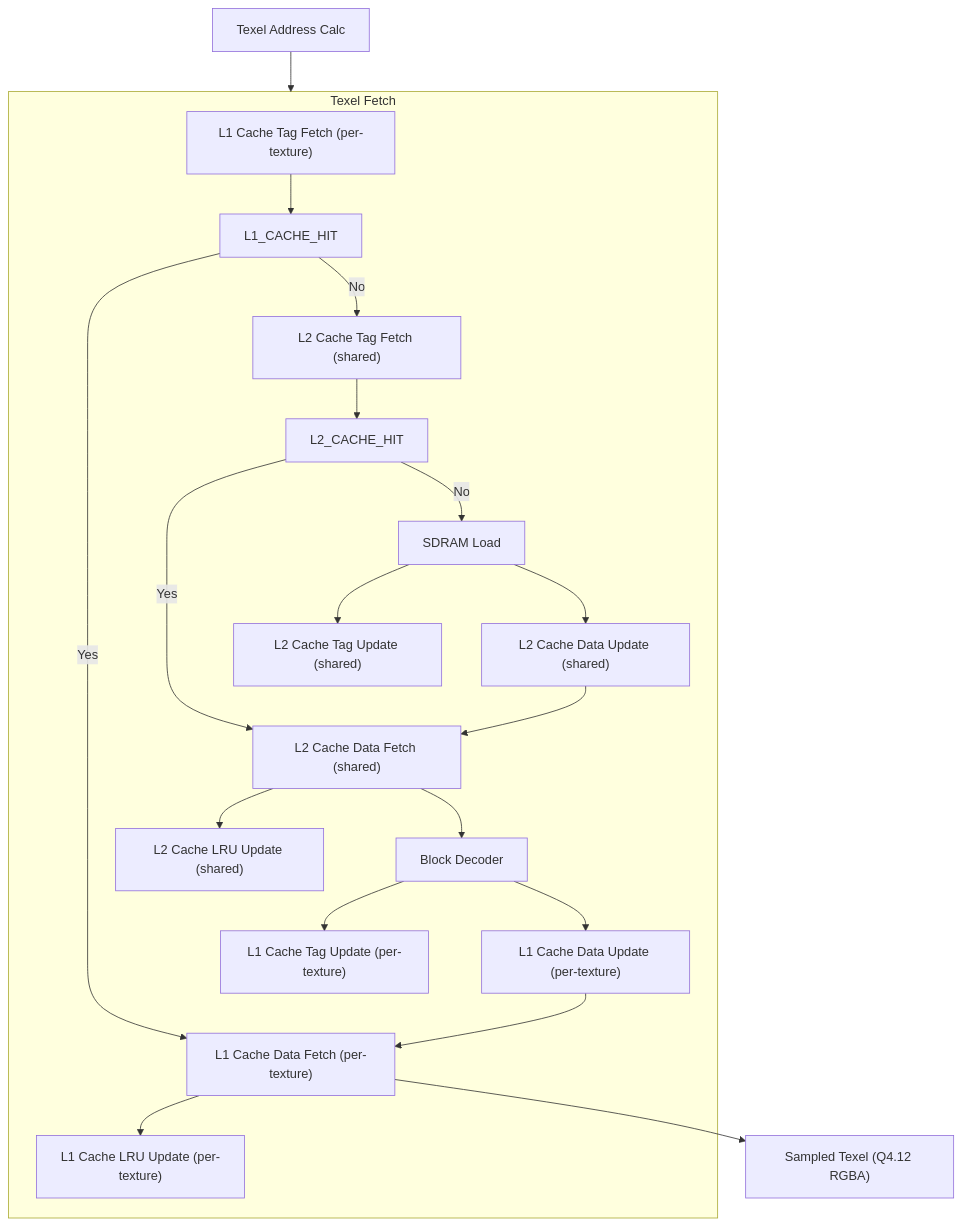
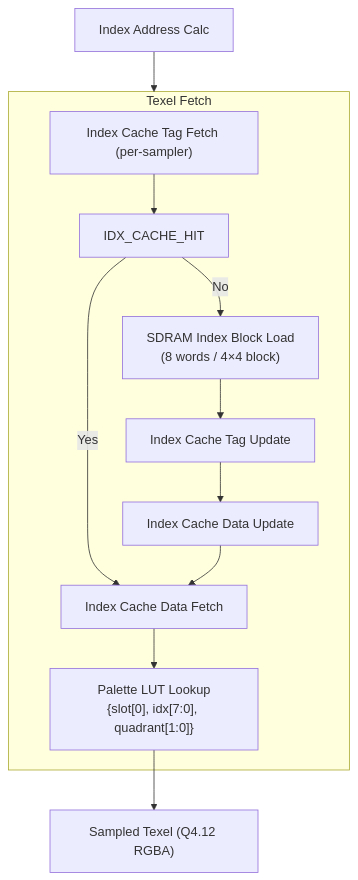
The seventh of 10 diagrams in ARCHITECTURE.md (londey/pico-gs), drawn with Mermaid before and after one commit. The commit also changed other lines of this file and 43 other files, not shown here.

First line of the commit message:
Enhance verification documentation for perspective road rendering and introduce palette slot verification

````diff
--- a/ARCHITECTURE.md
+++ b/ARCHITECTURE.md
@@ -240,47 +240,26 @@
 ```mermaid
 flowchart TB
-    TEX_ADDR["Texel Address Calc"]
+    IDX_ADDR["Index Address Calc"]
 
     subgraph TEX_FETCH["Texel Fetch"]
-        L1_TAG_FETCH["L1 Cache Tag Fetch (per-texture)"]
-        L2_TAG_FETCH["L2 Cache Tag Fetch (shared)"]
+        IDX_TAG_FETCH["Index Cache Tag Fetch (per-sampler)"]
+        IDX_CACHE_HIT@{shape=diamond, label="Index Cache Hit?"}
+        IDX_DATA_FETCH["Index Cache Data Fetch"]
+        IDX_TAG_UPDATE["Index Cache Tag Update"]
+        IDX_DATA_UPDATE["Index Cache Data Update"]
+        SDRAM_IDX["SDRAM Index Block Load\n(8 words / 4×4 block)"]
 
-        L1_CACHE_HIT@{shape=diamond, label="L1 Cache Hit?"}
-        L2_CACHE_HIT@{shape=diamond, label="L2 Cache Hit?"}
+        PAL_LUT["Palette LUT Lookup\n{slot[0], idx[7:0], quadrant[1:0]}"]
 
-        L1_DATA_FETCH["L1 Cache Data Fetch (per-texture)"]
-        L2_DATA_FETCH["L2 Cache Data Fetch (shared)"]
-
-        L1_TAG_UPDATE["L1 Cache Tag Update (per-texture)"]
-        L1_LRU_UPDATE["L1 Cache LRU Update (per-texture)"]
-        L1_DATA_UPDATE["L1 Cache Data Update (per-texture)"]
-
-        L2_TAG_UPDATE["L2 Cache Tag Update (shared)"]
-        L2_LRU_UPDATE["L2 Cache LRU Update (shared)"]
-        L2_DATA_UPDATE["L2 Cache Data Update (shared)"]
-
-        TEX_BLOCK_DECODE["Block Decoder"]
-
-        SDRAM_ARB["SDRAM Load"]
-
-        L1_TAG_FETCH --> L1_CACHE_HIT
-        L1_CACHE_HIT -- Yes --> L1_DATA_FETCH
-        L1_DATA_FETCH --> L1_LRU_UPDATE
-
-        L1_CACHE_HIT -- No --> L2_TAG_FETCH
-        L2_TAG_FETCH --> L2_CACHE_HIT
-
-        L2_CACHE_HIT -- Yes --> L2_DATA_FETCH --> L2_LRU_UPDATE
-        L2_DATA_FETCH --> TEX_BLOCK_DECODE --> L1_TAG_UPDATE
-        TEX_BLOCK_DECODE --> L1_DATA_UPDATE --> L1_DATA_FETCH
-
-        L2_CACHE_HIT -- No --> SDRAM_ARB
-        SDRAM_ARB --> L2_TAG_UPDATE
-        SDRAM_ARB --> L2_DATA_UPDATE --> L2_DATA_FETCH
+        IDX_TAG_FETCH --> IDX_CACHE_HIT
+        IDX_CACHE_HIT -- Yes --> IDX_DATA_FETCH
+        IDX_CACHE_HIT -- No --> SDRAM_IDX
+        SDRAM_IDX --> IDX_TAG_UPDATE --> IDX_DATA_UPDATE --> IDX_DATA_FETCH
+        IDX_DATA_FETCH --> PAL_LUT
     end
 
     TEX_SAMPLE_OUT["Sampled Texel (Q4.12 RGBA)"]
 
-    TEX_ADDR --> TEX_FETCH
-    L1_DATA_FETCH --> TEX_SAMPLE_OUT
+    IDX_ADDR --> TEX_FETCH
+    PAL_LUT --> TEX_SAMPLE_OUT
 ```
````
